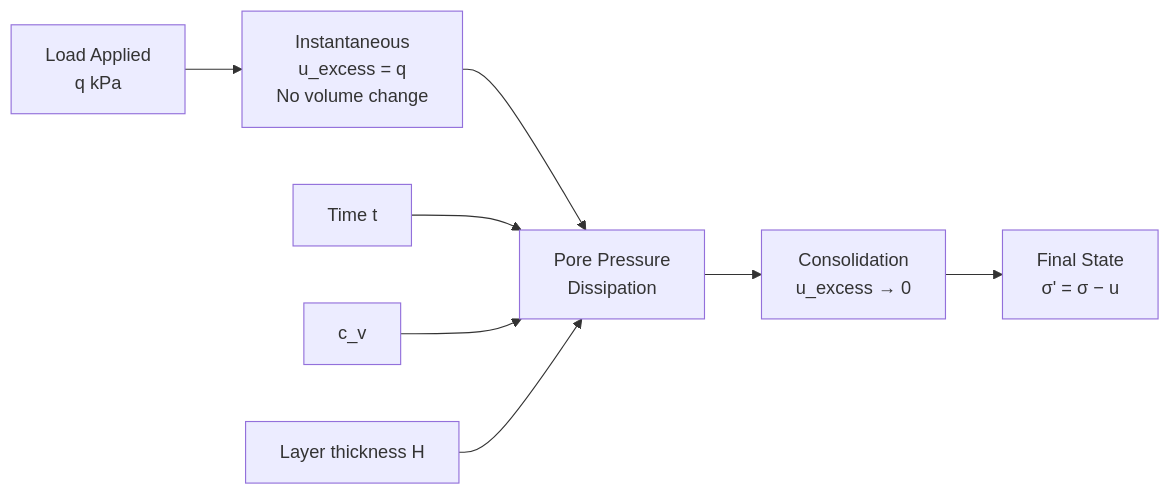
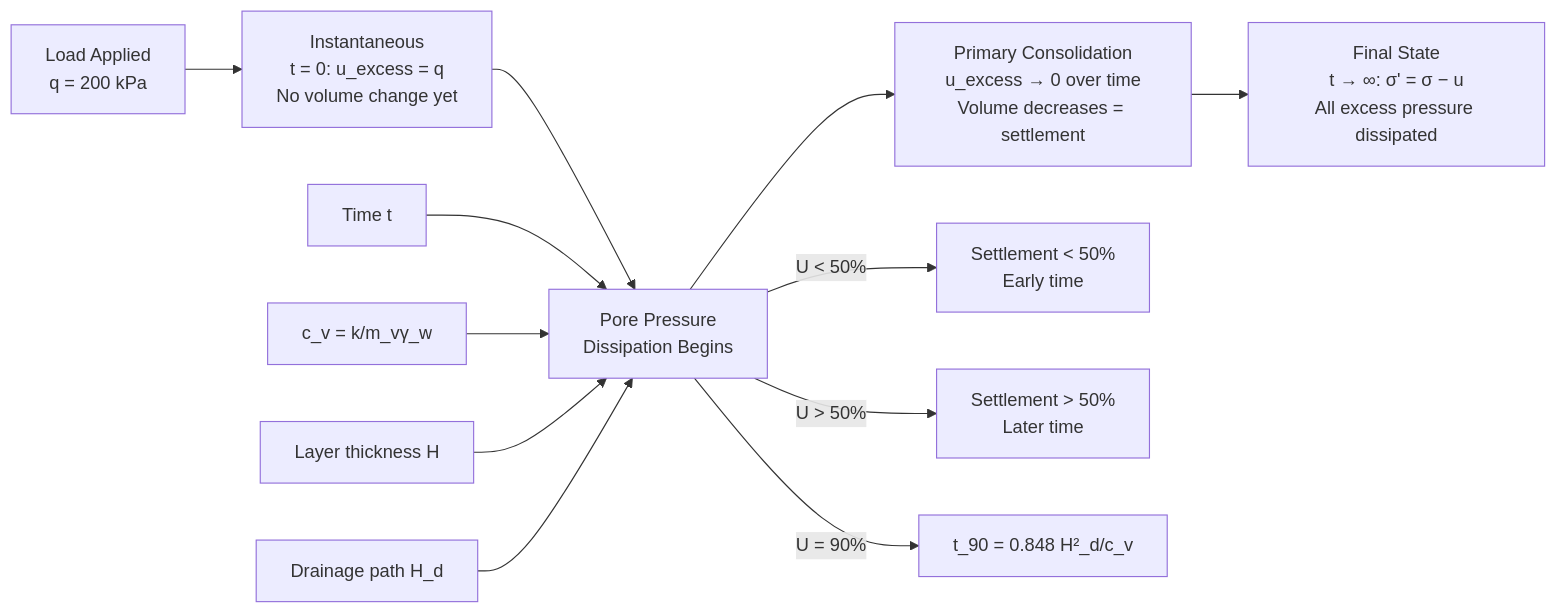
Before and after one commit to yip-lgtm/civil-bootcamp: the second of 5 diagrams in MIT_CEE_Core/Track_2_Mechanics_Materials/Materials/02_1.037_Soil_Mechanics_and_Geotechnical_Design.md, drawn with Mermaid. The commit also changed other lines of this file and 6 other files, not shown here.

````diff
--- a/MIT_CEE_Core/Track_2_Mechanics_Materials/Materials/02_1.037_Soil_Mechanics_and_Geotechnical_Design.md
+++ b/MIT_CEE_Core/Track_2_Mechanics_Materials/Materials/02_1.037_Soil_Mechanics_and_Geotechnical_Design.md
@@ -235,10 +532,14 @@
 ```mermaid
-graph LR
-    A[Load Applied<br/>q kPa] --> B[Instantaneous<br/>u_excess = q<br/>No volume change]
-    B --> C[Pore Pressure<br/>Dissipation]
-    C --> D[Consolidation<br/>u_excess → 0]
-    D --> E[Final State<br/>σ' = σ − u]
+flowchart LR
+    A[Load Applied<br/>q = 200 kPa] --> B[Instantaneous<br/>t = 0: u_excess = q<br/>No volume change yet]
+    B --> C[Pore Pressure<br/>Dissipation Begins]
+    C --> D[Primary Consolidation<br/>u_excess → 0 over time<br/>Volume decreases = settlement]
+    D --> E[Final State<br/>t → ∞: σ' = σ − u<br/>All excess pressure dissipated]
     F[Time t] --> C
-    G[c_v] --> C
+    G[c_v = k/m_vγ_w] --> C
     H[Layer thickness H] --> C
+    I[Drainage path H_d] --> C
+    C -->|U < 50%| J[Settlement < 50%<br/>Early time]
+    C -->|U > 50%| K[Settlement > 50%<br/>Later time]
+    C -->|U = 90%| L[t_90 = 0.848 H²_d/c_v]
 ```
````
